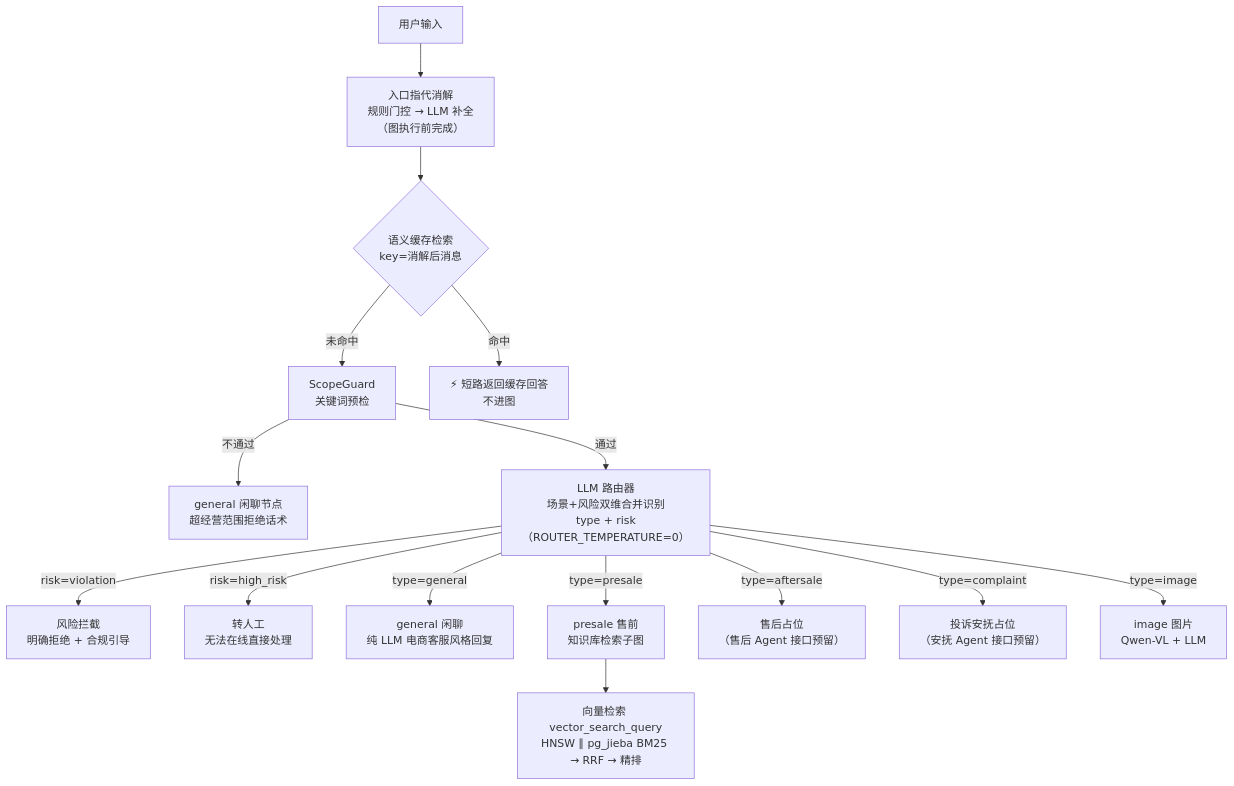
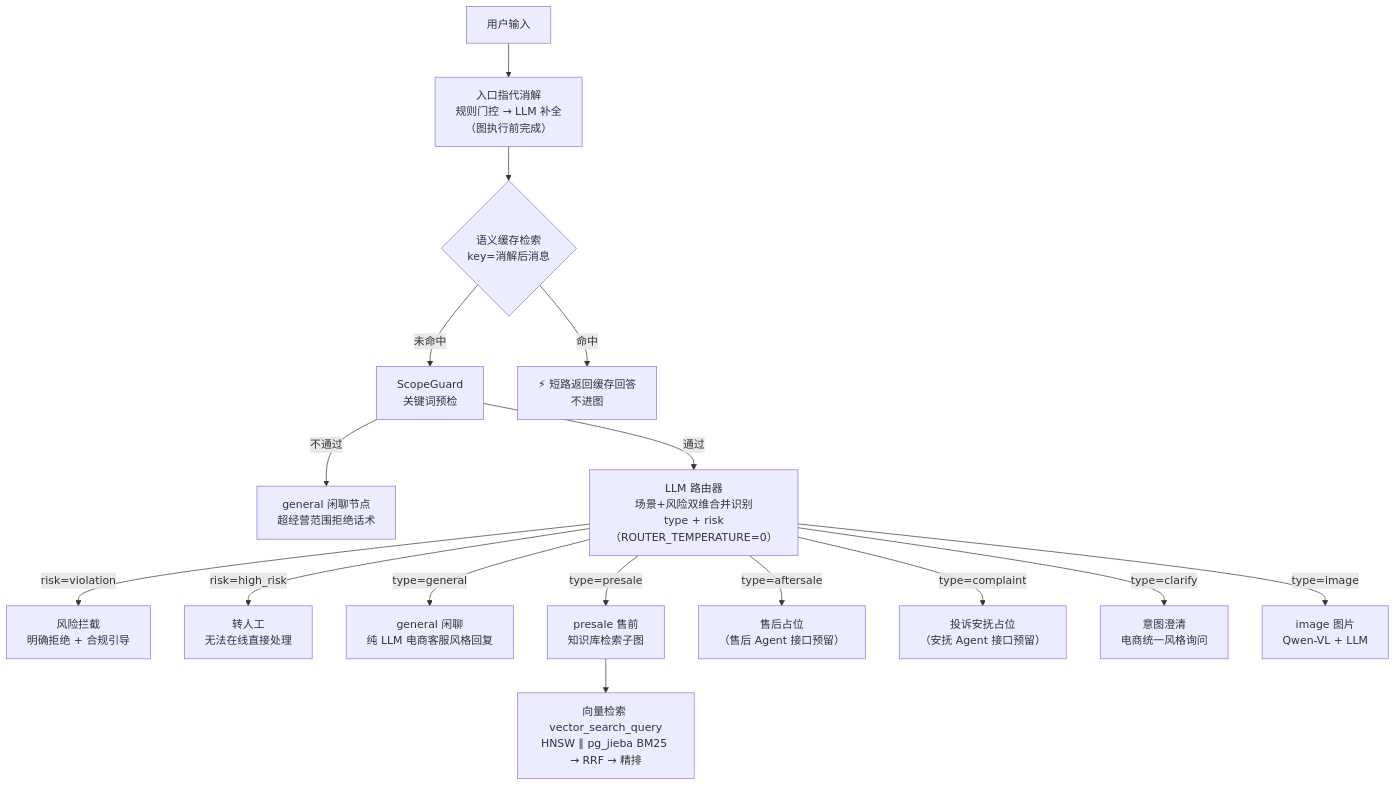
Before and after one commit to blowt16/SmartCS-Agent: the ninth of 17 diagrams in docs/PROJECT_ANALYSIS.md, drawn with Mermaid. The commit also changed other lines of this file and 5 other files, not shown here.

First line of the commit message:
feat: 意图澄清功能落地——type=clarify + 澄清节点（电商统一风格针对性询问）

````diff
--- a/docs/PROJECT_ANALYSIS.md
+++ b/docs/PROJECT_ANALYSIS.md
@@ -540,23 +545,24 @@
 ```mermaid
 flowchart TD
     Q["用户输入"]
     RESOLVE["入口指代消解<br/>规则门控 → LLM 补全<br/>（图执行前完成）"]
     CACHE{"语义缓存检索<br/>key=消解后消息"}
     SG["ScopeGuard<br/>关键词预检"]
     Q --> RESOLVE
     RESOLVE --> CACHE
     CACHE -->|"命中"| SHORT["⚡ 短路返回缓存回答<br/>不进图"]
     CACHE -->|"未命中"| SG
     SG -->|"不通过"| GEN["general 闲聊节点<br/>超经营范围拒绝话术"]
     SG -->|"通过"| ROUTER["LLM 路由器<br/>场景+风险双维合并识别<br/>type + risk<br/>（ROUTER_TEMPERATURE=0）"]
 
     ROUTER -->|"risk=violation"| RISK["风险拦截<br/>明确拒绝 + 合规引导"]
     ROUTER -->|"risk=high_risk"| TRANS["转人工<br/>无法在线直接处理"]
     ROUTER -->|"type=general"| GEN2["general 闲聊<br/>纯 LLM 电商客服风格回复"]
     ROUTER -->|"type=presale"| KG["presale 售前<br/>知识库检索子图"]
     ROUTER -->|"type=aftersale"| PLACE["售后占位<br/>（售后 Agent 接口预留）"]
     ROUTER -->|"type=complaint"| PLACE2["投诉安抚占位<br/>（安抚 Agent 接口预留）"]
+    ROUTER -->|"type=clarify"| CLARIFY["意图澄清<br/>电商统一风格询问"]
     ROUTER -->|"type=image"| IMG["image 图片<br/>Qwen-VL + LLM"]
 
     KG --> GRAG["向量检索 vector_search_query<br/>HNSW ∥ pg_jieba BM25 → RRF → 精排"]
 ```
````
